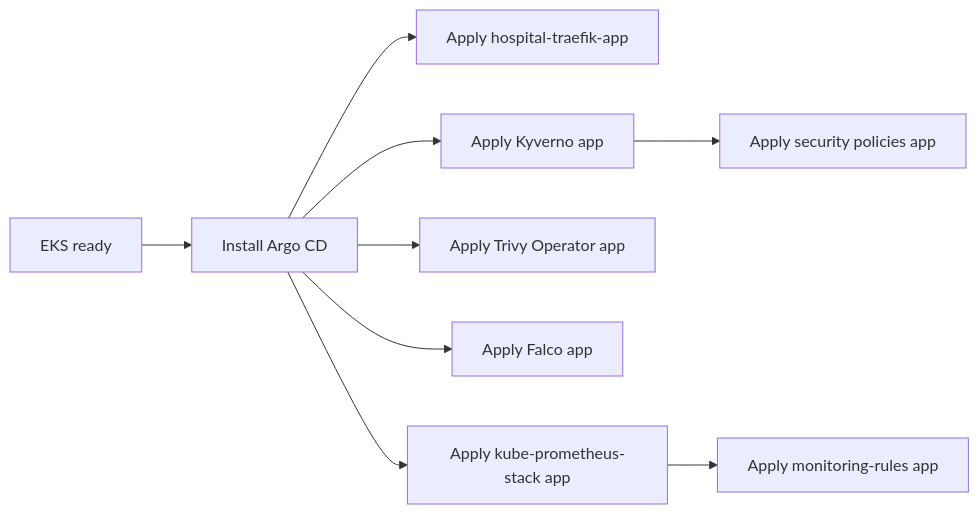
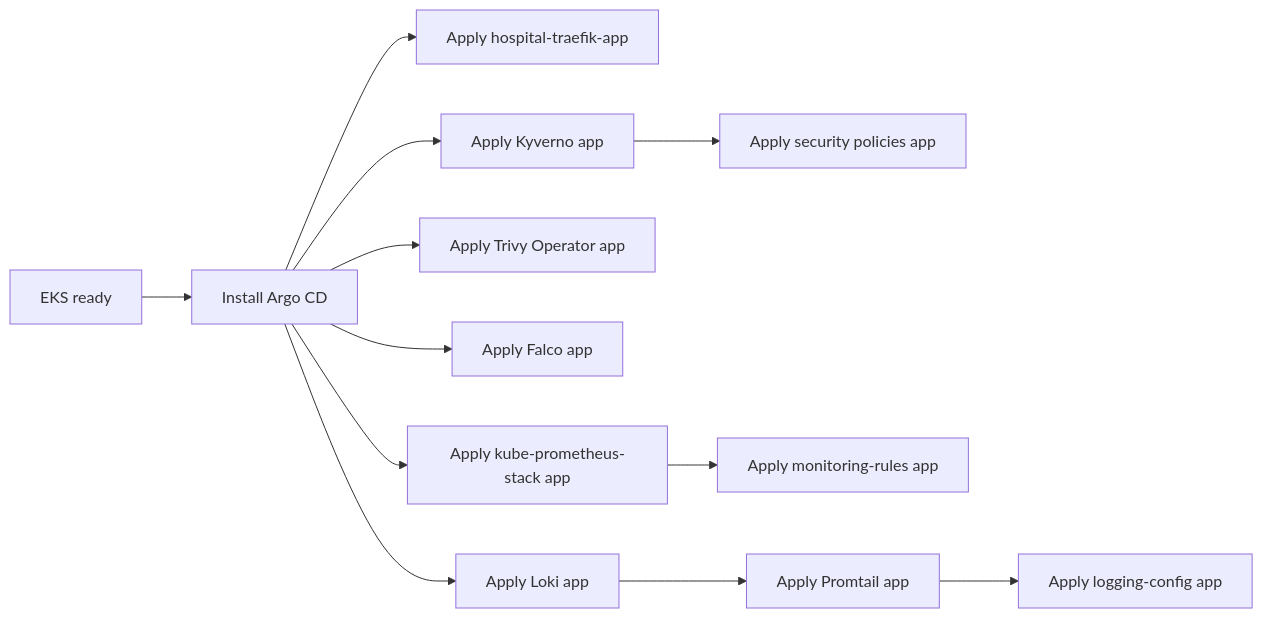
One commit to the-khiem7/eks-cicd-argocd-sec-monitor changed the fourth of 4 diagrams in argocd/README.md. Above: the diagram before and after it, drawn with Mermaid. The commit also changed other lines of this file and 12 other files, not shown here.

````diff
--- a/argocd/README.md
+++ b/argocd/README.md
@@ -160,11 +177,14 @@
 ```mermaid
 flowchart LR
   eks[EKS ready] --> argo[Install Argo CD]
   argo --> app[Apply hospital-traefik-app]
   argo --> kyverno[Apply Kyverno app]
   kyverno --> policies[Apply security policies app]
   argo --> trivy[Apply Trivy Operator app]
   argo --> falco[Apply Falco app]
   argo --> prom[Apply kube-prometheus-stack app]
   prom --> rules[Apply monitoring-rules app]
+  argo --> loki[Apply Loki app]
+  loki --> promtail[Apply Promtail app]
+  promtail --> logcfg[Apply logging-config app]
 ```
````
